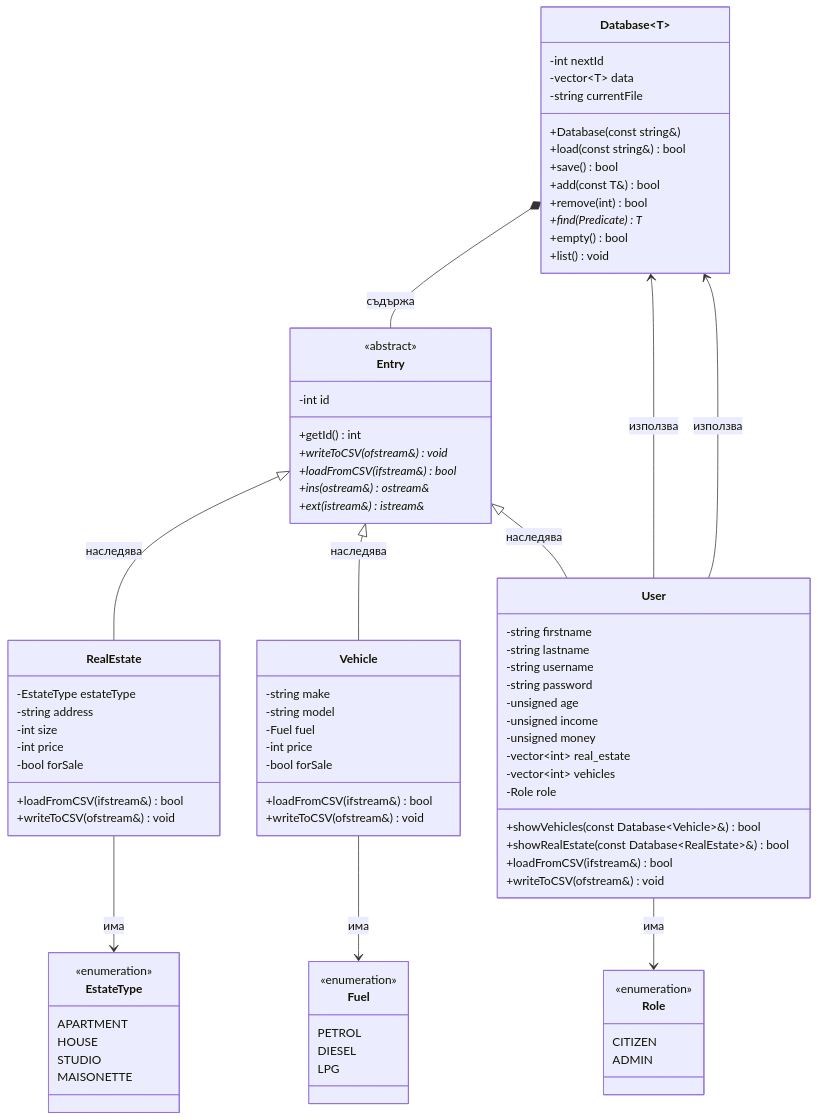
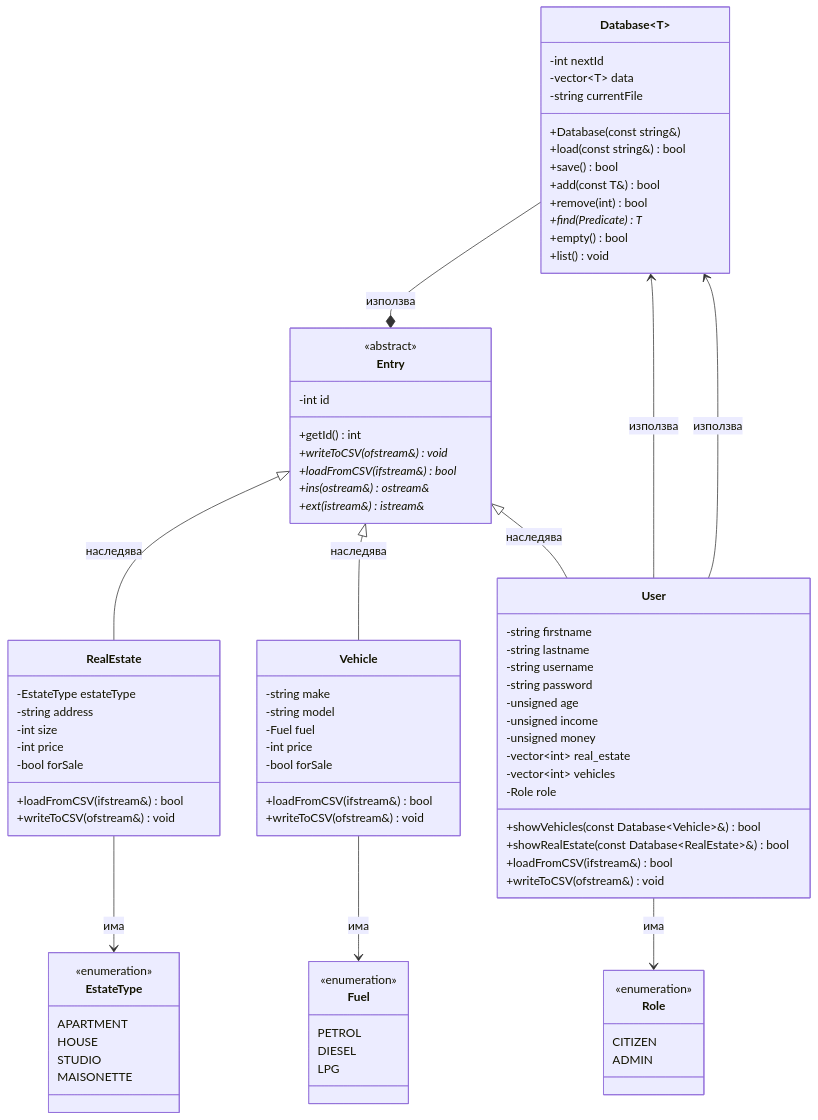
One commit to Alex-Van-19537/CityPortal changed the diagram in docs/CLASS_DIAGRAM.md. Above: the diagram before and after it, drawn with Mermaid.

Commit message:
Update relationship notation in CLASS_DIAGRAM.md

```diff
--- a/docs/CLASS_DIAGRAM.md
+++ b/docs/CLASS_DIAGRAM.md
@@ -89,7 +89,7 @@
   Entry <|-- Vehicle : наследява
   Entry <|-- User : наследява
 
-  Database~T~ *-- Entry : съдържа
+  Database~T~ --* Entry : използва
 
   User --> Role : има
   RealEstate --> EstateType : има
```
